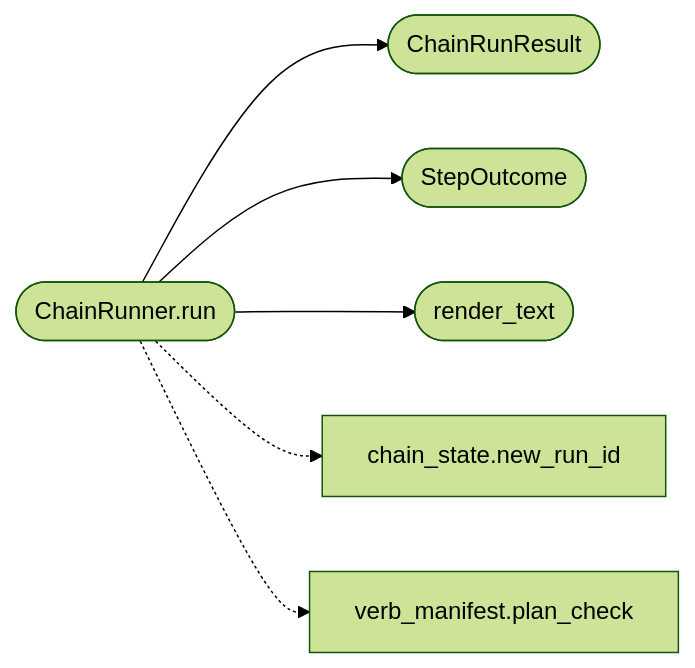
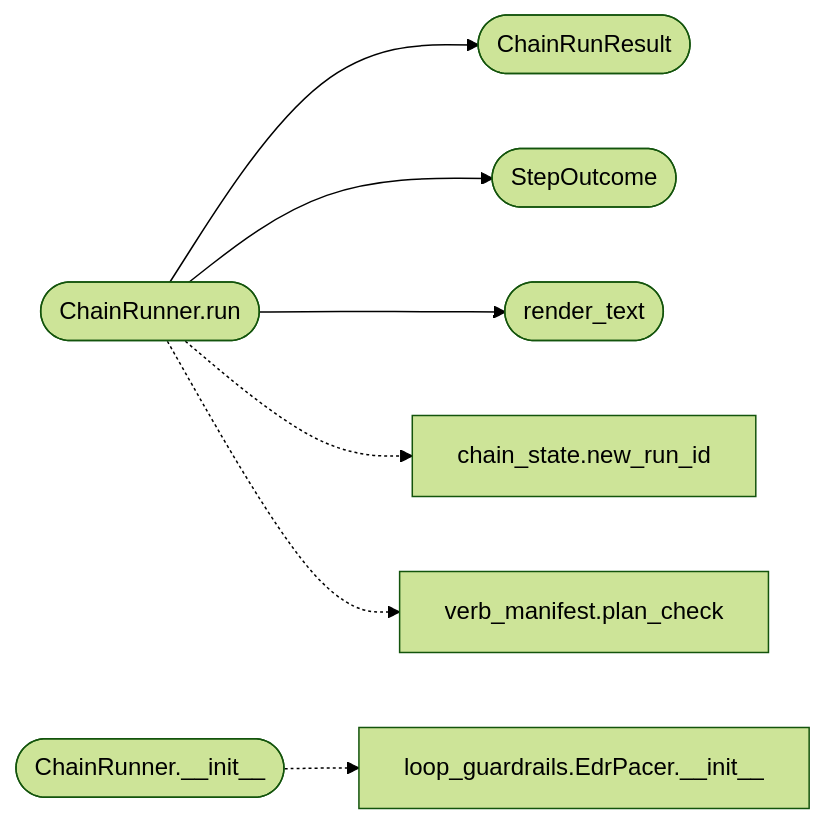
Before and after one commit to grisuno/LazyOwn: the second of 2 diagrams in readmenator-apidocs/modules/modules.chain_runner.py.md, drawn with Mermaid (forest theme). The commit also changed other lines of this file and 257 other files, not shown here.

Commit message:
lazy_loop from mcp y auto_loop from harness now are one path, improvements in chain ,atch chain runner new selection submodule to adversary chain cred spray playbooks etc. and some new test :P

````diff
--- a/readmenator-apidocs/modules/modules.chain_runner.py.md
+++ b/readmenator-apidocs/modules/modules.chain_runner.py.md
@@ -87,14 +87,17 @@
 ```mermaid
 flowchart LR
     n_modules_chain_runner_py__ChainRunner_run(["ChainRunner.run"])
     n_modules_chain_runner_py__ChainRunResult(["ChainRunResult"])
     n_modules_chain_runner_py__StepOutcome(["StepOutcome"])
     n_modules_chain_runner_py__render_text(["render_text"])
+    n_modules_chain_runner_py__ChainRunner___init__(["ChainRunner.__init__"])
+    n_modules_loop_guardrails_py__EdrPacer___init__["loop_guardrails.EdrPacer.__init__"]
     n_modules_chain_state_py__new_run_id["chain_state.new_run_id"]
     n_modules_verb_manifest_py__plan_check["verb_manifest.plan_check"]
     n_modules_chain_runner_py__ChainRunner_run --> n_modules_chain_runner_py__ChainRunResult
     n_modules_chain_runner_py__ChainRunner_run --> n_modules_chain_runner_py__StepOutcome
     n_modules_chain_runner_py__ChainRunner_run --> n_modules_chain_runner_py__render_text
+    n_modules_chain_runner_py__ChainRunner___init__ -.-> n_modules_loop_guardrails_py__EdrPacer___init__
     n_modules_chain_runner_py__ChainRunner_run -.-> n_modules_chain_state_py__new_run_id
     n_modules_chain_runner_py__ChainRunner_run -.-> n_modules_verb_manifest_py__plan_check
 ```
````
